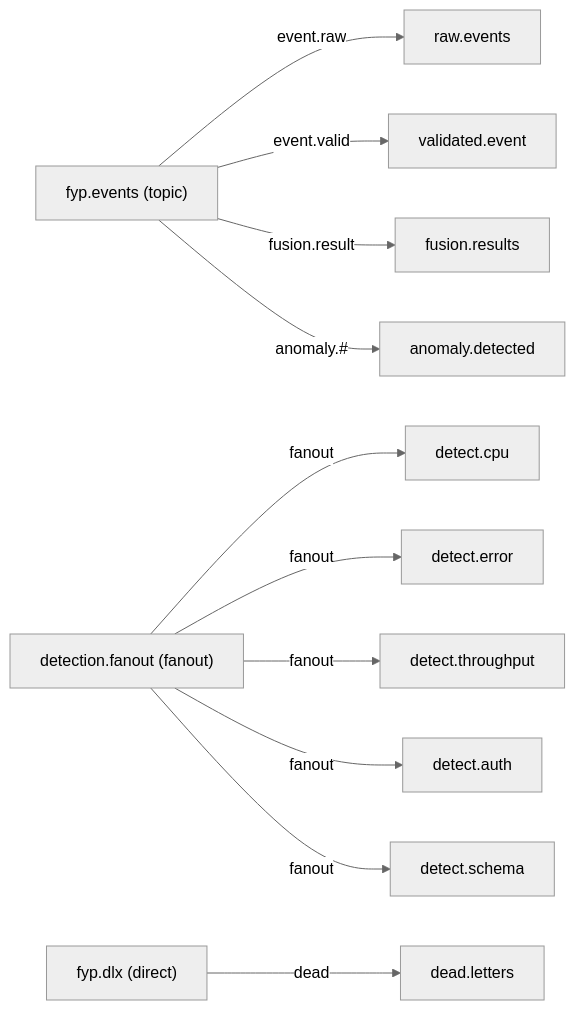
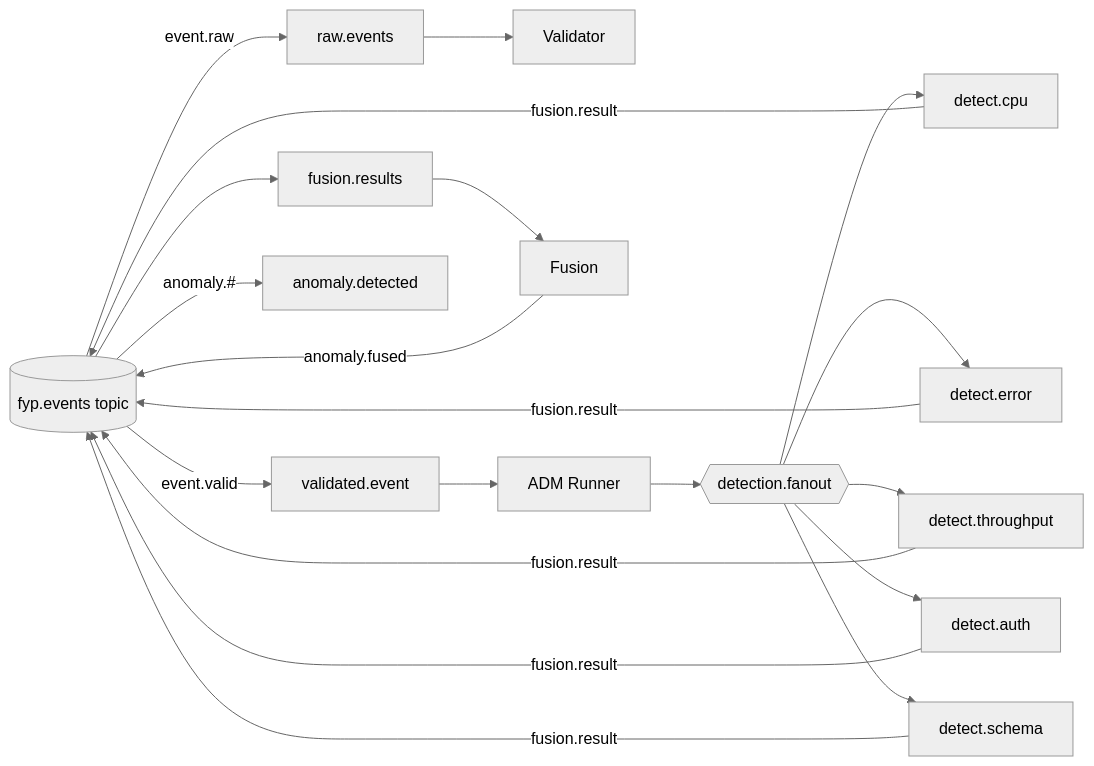
The second of 3 diagrams in layer1/docs/layer1_component_log.md (Spectre206/fyp-pipeline), drawn with Mermaid (neutral theme) before and after one commit. The commit also changed other lines of this file and 1 other file, not shown here.

````diff
--- a/layer1/docs/layer1_component_log.md
+++ b/layer1/docs/layer1_component_log.md
@@ -56,15 +98,18 @@
 ```mermaid
 flowchart LR
-    FY["fyp.events (topic)"] -->|event.raw| RAW[raw.events]
-    FY -->|event.valid| VAL[validated.event]
-    FY -->|fusion.result| FR[fusion.results]
-    FY -->|anomaly.#| AD[anomaly.detected]
-
-    DF["detection.fanout (fanout)"] -->|fanout| CPU[detect.cpu]
-    DF -->|fanout| ERR[detect.error]
-    DF -->|fanout| THR[detect.throughput]
-    DF -->|fanout| AUTH[detect.auth]
-    DF -->|fanout| SCH[detect.schema]
-
-    DLX["fyp.dlx (direct)"] -->|dead| DL[dead.letters]
+    E[(fyp.events topic)] -->|event.raw| RAW[raw.events]
+    RAW --> VAL[Validator]
+    E -->|event.valid| VALID[validated.event]
+    VALID --> ADM[ADM Runner]
+    ADM --> FAN{{detection.fanout}}
+    FAN --> CPU[detect.cpu]
+    FAN --> ERR[detect.error]
+    FAN --> THR[detect.throughput]
+    FAN --> AUTH[detect.auth]
+    FAN --> SCH[detect.schema]
+    CPU & ERR & THR & AUTH & SCH -->|fusion.result| E
+    E --> FQ[fusion.results]
+    FQ --> FUS[Fusion]
+    FUS -->|anomaly.fused| E
+    E -->|anomaly.#| AD[anomaly.detected]
 ```
````
